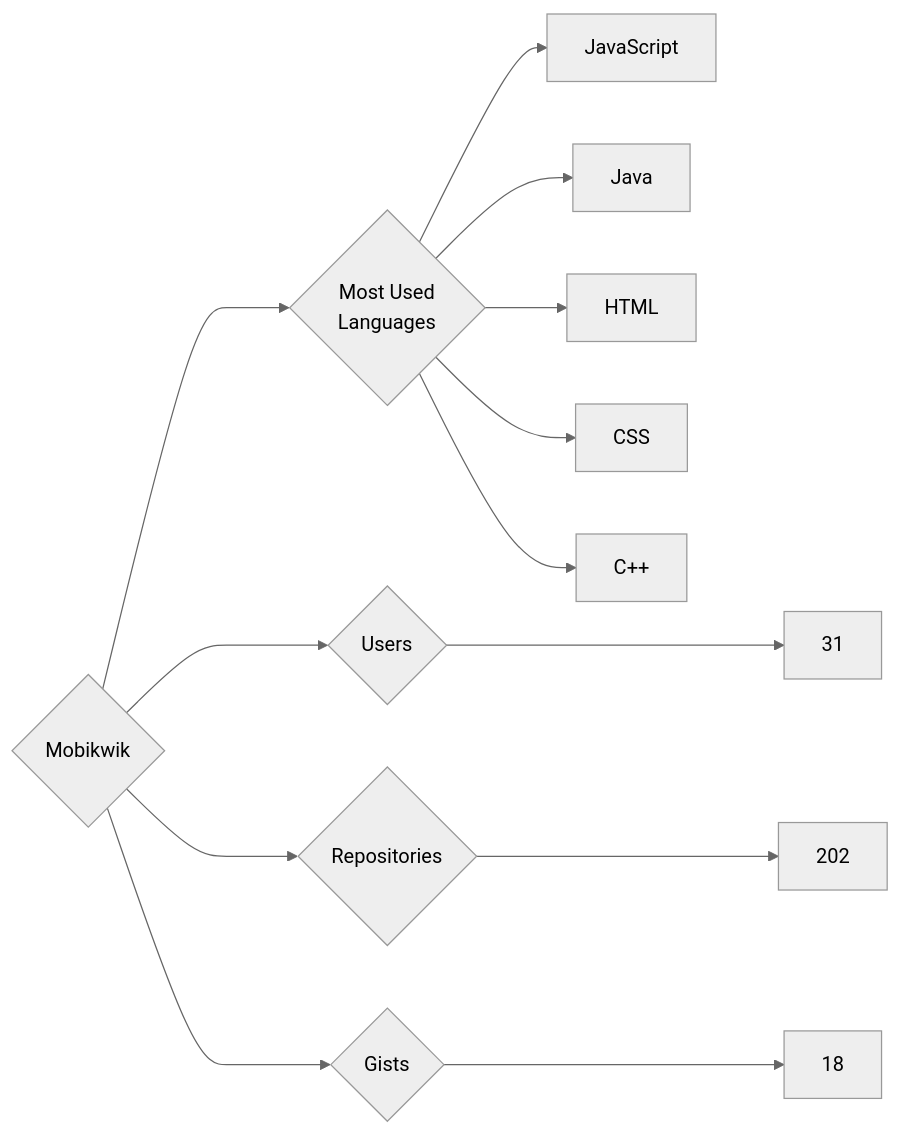
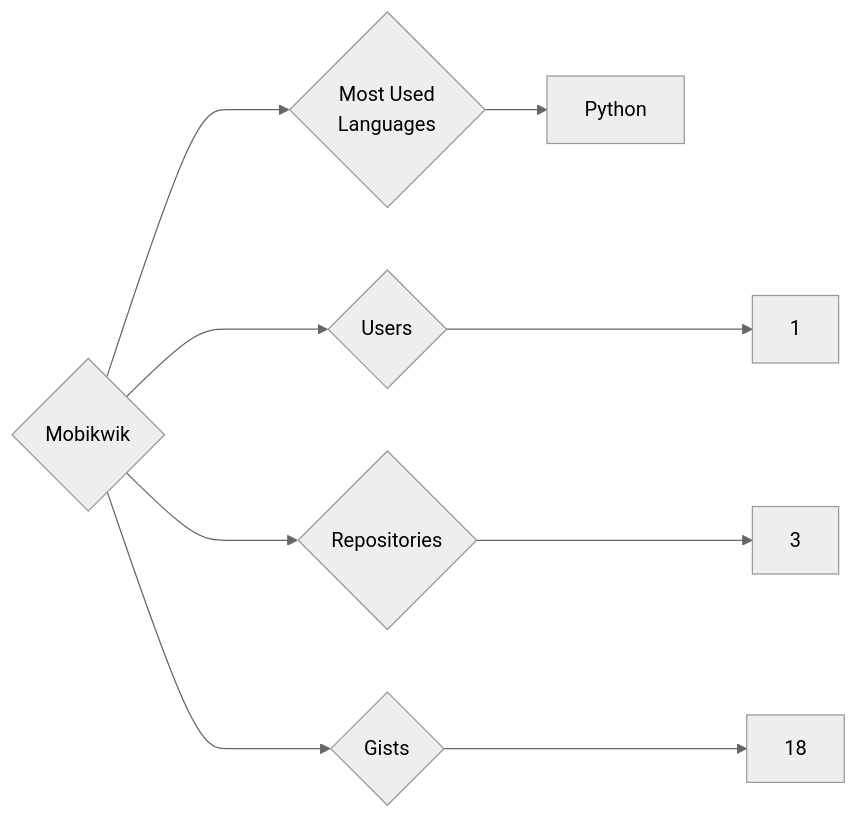
Before and after one commit to trickest/insiders: the diagram in targets/Mobikwik/README.md, drawn with Mermaid (neutral theme). The commit also changed 948 other files, not shown here.

````diff
--- a/targets/Mobikwik/README.md
+++ b/targets/Mobikwik/README.md
@@ -3,13 +3,9 @@
 ```mermaid
 graph LR
 COMPANY_NAME{Mobikwik}
-COMPANY_NAME ---> U{Users} ---> UN[31]
-COMPANY_NAME ---> R{Repositories} ---> RN[202]
+COMPANY_NAME ---> U{Users} ---> UN[1]
+COMPANY_NAME ---> R{Repositories} ---> RN[3]
 COMPANY_NAME ---> G{Gists} ---> GN[18]
 COMPANY_NAME ---> ML{Most Used<br>Languages}
-ML --> JavaScript[JavaScript]
-ML --> Java[Java]
-ML --> HTML[HTML]
-ML --> CSS[CSS]
-ML --> C++[C++]
+ML --> Python[Python]
 ```
````
